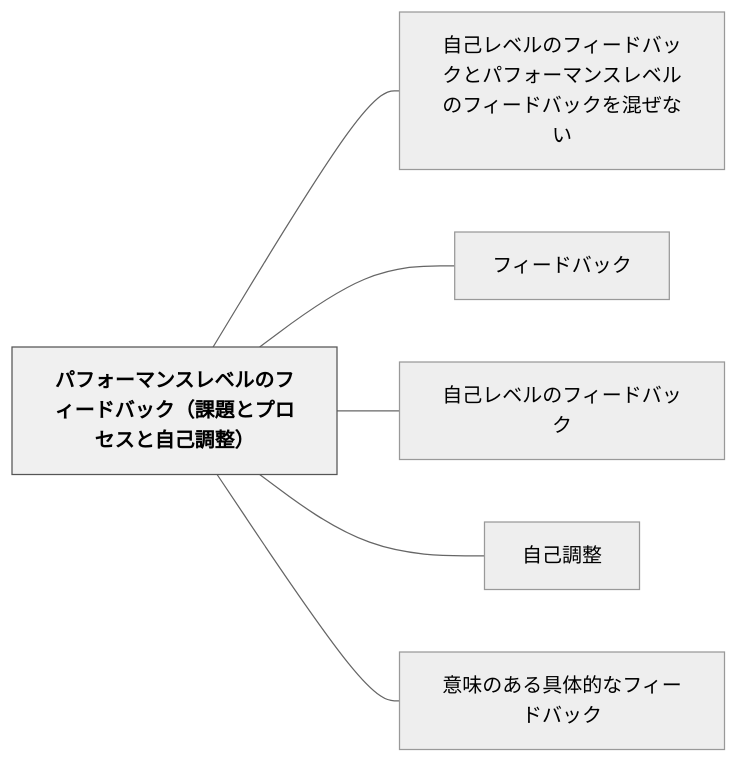
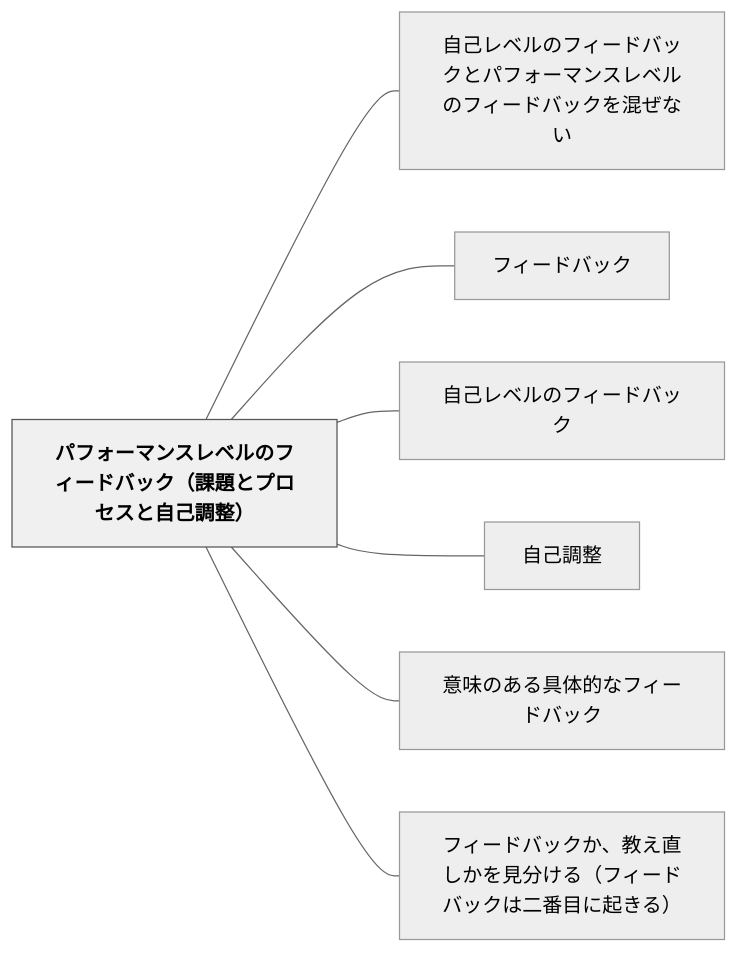
One commit to unknownthings-ed-patterns/unknownthings-ed-patterns changed the diagram in content/パタン/パフォーマンスレベルのフィードバック（課題とプロセスと自己調整）.md. Above: the diagram before and after it, drawn with Mermaid (neutral theme). The commit also changed other lines of this file and 28 other files, not shown here.

````diff
--- a/content/パタン/パフォーマンスレベルのフィードバック（課題とプロセスと自己調整）.md
+++ b/content/パタン/パフォーマンスレベルのフィードバック（課題とプロセスと自己調整）.md
@@ -52,18 +56,20 @@
 ```mermaid
 flowchart LR
     ne38391e38395e382a9e383bce3839ee383b3e382b9e383ace38399e383abe381aee38395e382a3e383bce38389e38390e38383e382afefbc88e8aab2e9a18ce381a8e38397e383ade382bbe382b9e381a8e887aae5b7b1e8aabfe695b4efbc89["パフォーマンスレベルのフィードバック（課題とプロセスと自己調整）"]
     ne887aae5b7b1e383ace38399e383abe381aee38395e382a3e383bce38389e38390e38383e382afe381a8e38391e38395e382a9e383bce3839ee383b3e382b9e383ace38399e383abe381aee38395e382a3e383bce38389e38390e38383e382afe38292e6b7b7e3819ce381aae38184["自己レベルのフィードバックとパフォーマンスレベルのフィードバックを混ぜない"]
     ne38395e382a3e383bce38389e38390e38383e382af["フィードバック"]
     ne887aae5b7b1e383ace38399e383abe381aee38395e382a3e383bce38389e38390e38383e382af["自己レベルのフィードバック"]
     ne887aae5b7b1e8aabfe695b4["自己調整"]
     ne6848fe591b3e381aee38182e3828be585b7e4bd93e79a84e381aae38395e382a3e383bce38389e38390e38383e382af["意味のある具体的なフィードバック"]
+    ne38395e382a3e383bce38389e38390e38383e382afe3818be38081e69599e38188e79bb4e38197e3818be38292e8a68be58886e38191e3828befbc88e38395e382a3e383bce38389e38390e38383e382afe381afe4ba8ce795aae79baee381abe8b5b7e3818de3828befbc89["フィードバックか、教え直しかを見分ける（フィードバックは二番目に起きる）"]
 
     ne38391e38395e382a9e383bce3839ee383b3e382b9e383ace38399e383abe381aee38395e382a3e383bce38389e38390e38383e382afefbc88e8aab2e9a18ce381a8e38397e383ade382bbe382b9e381a8e887aae5b7b1e8aabfe695b4efbc89 --- ne887aae5b7b1e383ace38399e383abe381aee38395e382a3e383bce38389e38390e38383e382afe381a8e38391e38395e382a9e383bce3839ee383b3e382b9e383ace38399e383abe381aee38395e382a3e383bce38389e38390e38383e382afe38292e6b7b7e3819ce381aae38184
     ne38391e38395e382a9e383bce3839ee383b3e382b9e383ace38399e383abe381aee38395e382a3e383bce38389e38390e38383e382afefbc88e8aab2e9a18ce381a8e38397e383ade382bbe382b9e381a8e887aae5b7b1e8aabfe695b4efbc89 --- ne38395e382a3e383bce38389e38390e38383e382af
     ne38391e38395e382a9e383bce3839ee383b3e382b9e383ace38399e383abe381aee38395e382a3e383bce38389e38390e38383e382afefbc88e8aab2e9a18ce381a8e38397e383ade382bbe382b9e381a8e887aae5b7b1e8aabfe695b4efbc89 --- ne887aae5b7b1e383ace38399e383abe381aee38395e382a3e383bce38389e38390e38383e382af
     ne38391e38395e382a9e383bce3839ee383b3e382b9e383ace38399e383abe381aee38395e382a3e383bce38389e38390e38383e382afefbc88e8aab2e9a18ce381a8e38397e383ade382bbe382b9e381a8e887aae5b7b1e8aabfe695b4efbc89 --- ne887aae5b7b1e8aabfe695b4
     ne38391e38395e382a9e383bce3839ee383b3e382b9e383ace38399e383abe381aee38395e382a3e383bce38389e38390e38383e382afefbc88e8aab2e9a18ce381a8e38397e383ade382bbe382b9e381a8e887aae5b7b1e8aabfe695b4efbc89 --- ne6848fe591b3e381aee38182e3828be585b7e4bd93e79a84e381aae38395e382a3e383bce38389e38390e38383e382af
+    ne38391e38395e382a9e383bce3839ee383b3e382b9e383ace38399e383abe381aee38395e382a3e383bce38389e38390e38383e382afefbc88e8aab2e9a18ce381a8e38397e383ade382bbe382b9e381a8e887aae5b7b1e8aabfe695b4efbc89 --- ne38395e382a3e383bce38389e38390e38383e382afe3818be38081e69599e38188e79bb4e38197e3818be38292e8a68be58886e38191e3828befbc88e38395e382a3e383bce38389e38390e38383e382afe381afe4ba8ce795aae79baee381abe8b5b7e3818de3828befbc89
 
     classDef hub fill:#f0f0f0,stroke:#555,color:#000,font-weight:bold
     class ne38391e38395e382a9e383bce3839ee383b3e382b9e383ace38399e383abe381aee38395e382a3e383bce38389e38390e38383e382afefbc88e8aab2e9a18ce381a8e38397e383ade382bbe382b9e381a8e887aae5b7b1e8aabfe695b4efbc89 hub
 ```
````
